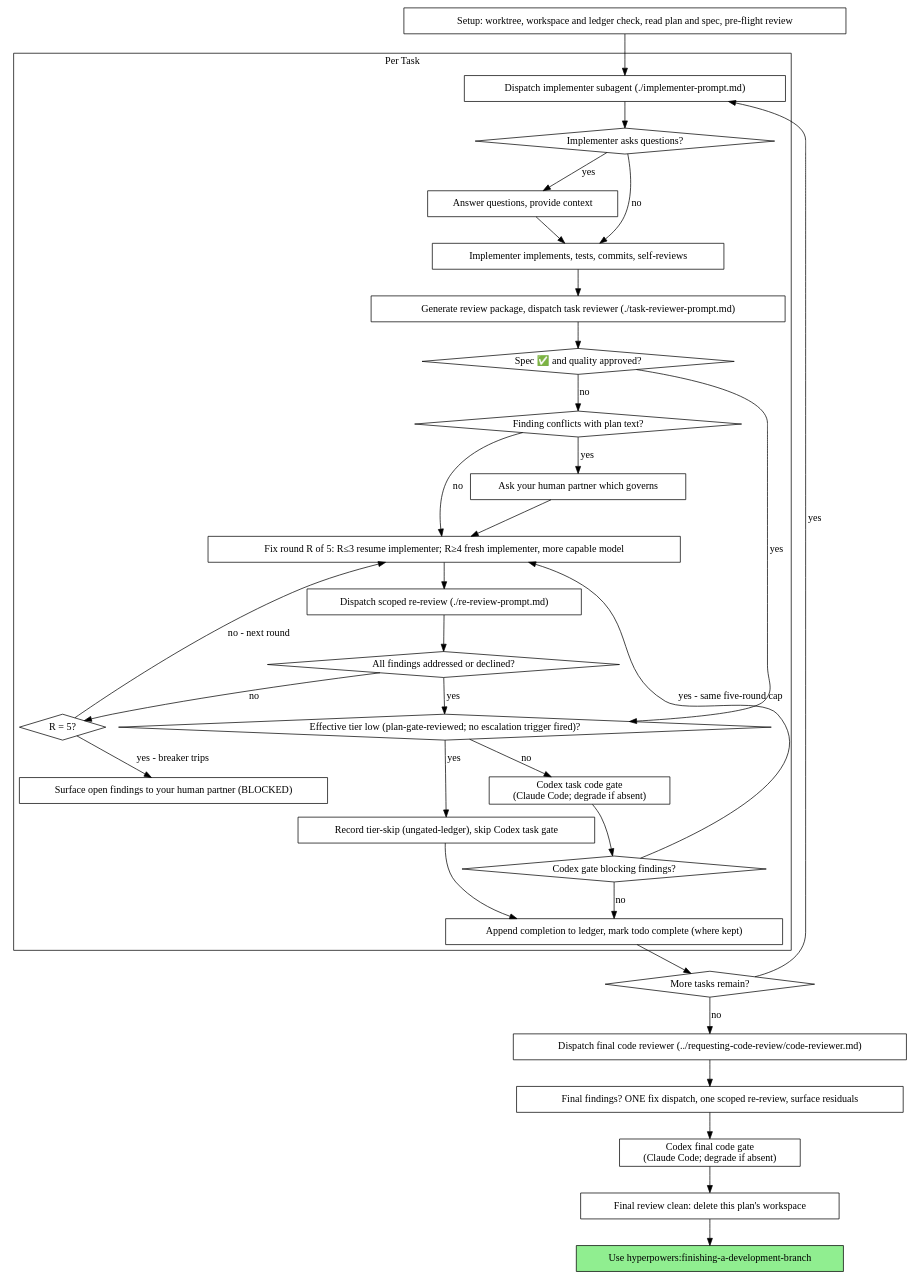
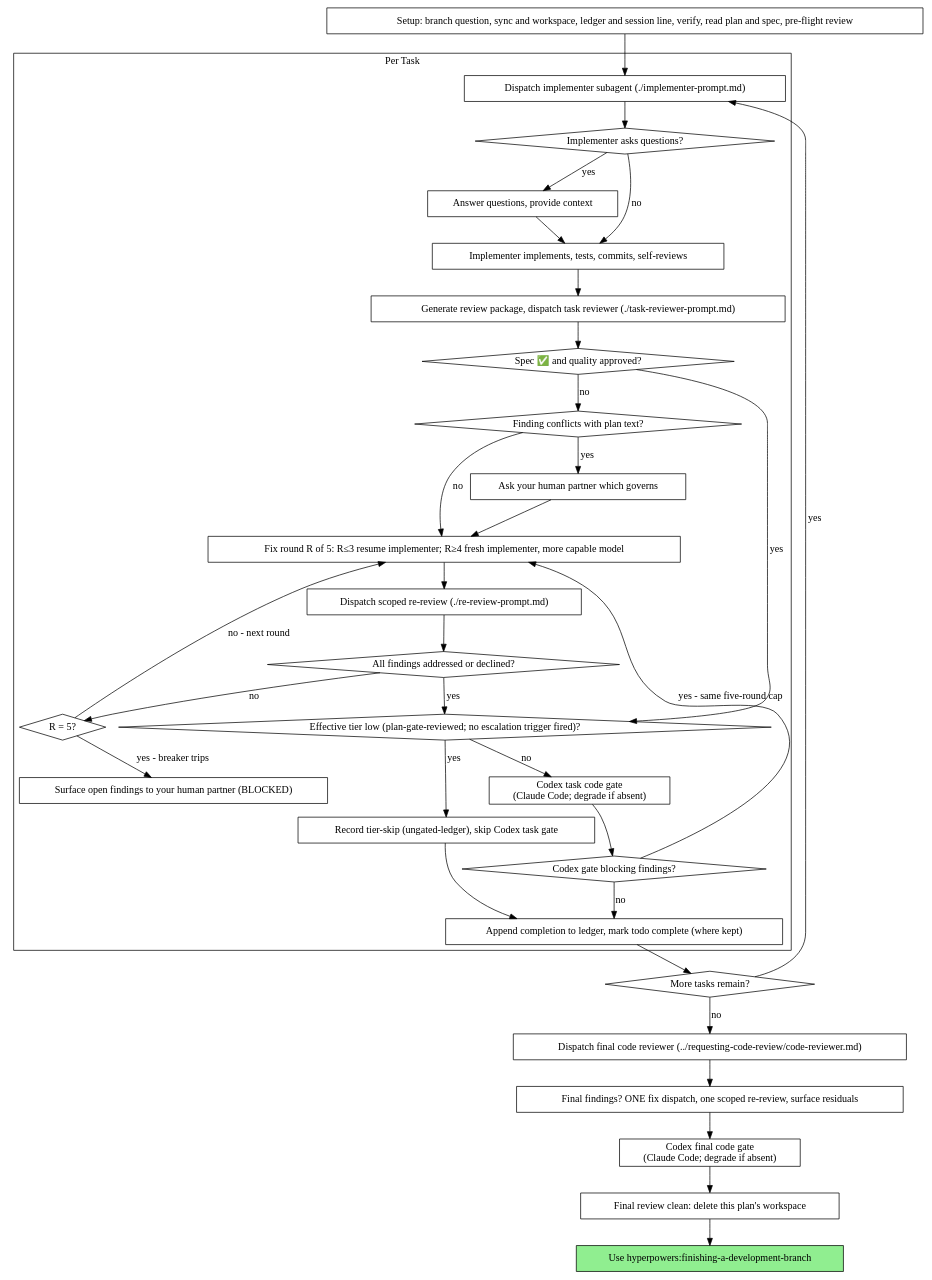
Before and after one commit to scott-arne/hyperpowers: the second of 2 diagrams in skills/subagent-driven-development/SKILL.md, drawn with Graphviz. The commit also changed other lines of this file and 2 other files, not shown here.

Commit message:
fix(sdd): the session line and verify run on a found ledger; prune, plain finish and the example follow the helper

````diff
--- a/skills/subagent-driven-development/SKILL.md
+++ b/skills/subagent-driven-development/SKILL.md
@@ -49,67 +49,67 @@
 ```dot
 digraph process {
     rankdir=TB;
 
     subgraph cluster_per_task {
         label="Per Task";
         "Dispatch implementer subagent (./implementer-prompt.md)" [shape=box];
         "Implementer asks questions?" [shape=diamond];
         "Answer questions, provide context" [shape=box];
         "Implementer implements, tests, commits, self-reviews" [shape=box];
         "Generate review package, dispatch task reviewer (./task-reviewer-prompt.md)" [shape=box];
         "Spec ✅ and quality approved?" [shape=diamond];
         "Finding conflicts with plan text?" [shape=diamond];
         "Ask your human partner which governs" [shape=box];
         "Fix round R of 5: R≤3 resume implementer; R≥4 fresh implementer, more capable model" [shape=box];
         "Dispatch scoped re-review (./re-review-prompt.md)" [shape=box];
         "All findings addressed or declined?" [shape=diamond];
         "R = 5?" [shape=diamond];
         "Surface open findings to your human partner (BLOCKED)" [shape=box];
         "Effective tier low (plan-gate-reviewed; no escalation trigger fired)?" [shape=diamond];
         "Record tier-skip (ungated-ledger), skip Codex task gate" [shape=box];
         "Codex task code gate\n(Claude Code; degrade if absent)" [shape=box];
         "Codex gate blocking findings?" [shape=diamond];
         "Append completion to ledger, mark todo complete (where kept)" [shape=box];
     }
 
-    "Setup: worktree, workspace and ledger check, read plan and spec, pre-flight review" [shape=box];
+    "Setup: branch question, sync and workspace, ledger and session line, verify, read plan and spec, pre-flight review" [shape=box];
     "More tasks remain?" [shape=diamond];
     "Dispatch final code reviewer (../requesting-code-review/code-reviewer.md)" [shape=box];
     "Final findings? ONE fix dispatch, one scoped re-review, surface residuals" [shape=box];
     "Codex final code gate\n(Claude Code; degrade if absent)" [shape=box];
     "Final review clean: delete this plan's workspace" [shape=box];
     "Use hyperpowers:finishing-a-development-branch" [shape=box style=filled fillcolor=lightgreen];
 
-    "Setup: worktree, workspace and ledger check, read plan and spec, pre-flight review" -> "Dispatch implementer subagent (./implementer-prompt.md)";
+    "Setup: branch question, sync and workspace, ledger and session line, verify, read plan and spec, pre-flight review" -> "Dispatch implementer subagent (./implementer-prompt.md)";
     "Dispatch implementer subagent (./implementer-prompt.md)" -> "Implementer asks questions?";
     "Implementer asks questions?" -> "Answer questions, provide context" [label="yes"];
     "Answer questions, provide context" -> "Implementer implements, tests, commits, self-reviews";
     "Implementer asks questions?" -> "Implementer implements, tests, commits, self-reviews" [label="no"];
     "Implementer implements, tests, commits, self-reviews" -> "Generate review package, dispatch task reviewer (./task-reviewer-prompt.md)";
     "Generate review package, dispatch task reviewer (./task-reviewer-prompt.md)" -> "Spec ✅ and quality approved?";
     "Spec ✅ and quality approved?" -> "Effective tier low (plan-gate-reviewed; no escalation trigger fired)?" [label="yes"];
     "Spec ✅ and quality approved?" -> "Finding conflicts with plan text?" [label="no"];
     "Finding conflicts with plan text?" -> "Ask your human partner which governs" [label="yes"];
     "Ask your human partner which governs" -> "Fix round R of 5: R≤3 resume implementer; R≥4 fresh implementer, more capable model";
     "Finding conflicts with plan text?" -> "Fix round R of 5: R≤3 resume implementer; R≥4 fresh implementer, more capable model" [label="no"];
     "Fix round R of 5: R≤3 resume implementer; R≥4 fresh implementer, more capable model" -> "Dispatch scoped re-review (./re-review-prompt.md)";
     "Dispatch scoped re-review (./re-review-prompt.md)" -> "All findings addressed or declined?";
     "All findings addressed or declined?" -> "Effective tier low (plan-gate-reviewed; no escalation trigger fired)?" [label="yes"];
     "All findings addressed or declined?" -> "R = 5?" [label="no"];
     "R = 5?" -> "Fix round R of 5: R≤3 resume implementer; R≥4 fresh implementer, more capable model" [label="no - next round"];
     "R = 5?" -> "Surface open findings to your human partner (BLOCKED)" [label="yes - breaker trips"];
     "Effective tier low (plan-gate-reviewed; no escalation trigger fired)?" -> "Record tier-skip (ungated-ledger), skip Codex task gate" [label="yes"];
     "Record tier-skip (ungated-ledger), skip Codex task gate" -> "Append completion to ledger, mark todo complete (where kept)";
     "Effective tier low (plan-gate-reviewed; no escalation trigger fired)?" -> "Codex task code gate\n(Claude Code; degrade if absent)" [label="no"];
     "Codex task code gate\n(Claude Code; degrade if absent)" -> "Codex gate blocking findings?";
     "Codex gate blocking findings?" -> "Fix round R of 5: R≤3 resume implementer; R≥4 fresh implementer, more capable model" [label="yes - same five-round cap"];
     "Codex gate blocking findings?" -> "Append completion to ledger, mark todo complete (where kept)" [label="no"];
     "Append completion to ledger, mark todo complete (where kept)" -> "More tasks remain?";
     "More tasks remain?" -> "Dispatch implementer subagent (./implementer-prompt.md)" [label="yes"];
     "More tasks remain?" -> "Dispatch final code reviewer (../requesting-code-review/code-reviewer.md)" [label="no"];
     "Dispatch final code reviewer (../requesting-code-review/code-reviewer.md)" -> "Final findings? ONE fix dispatch, one scoped re-review, surface residuals";
     "Final findings? ONE fix dispatch, one scoped re-review, surface residuals" -> "Codex final code gate\n(Claude Code; degrade if absent)";
     "Codex final code gate\n(Claude Code; degrade if absent)" -> "Final review clean: delete this plan's workspace";
     "Final review clean: delete this plan's workspace" -> "Use hyperpowers:finishing-a-development-branch";
 }
 ```
````
